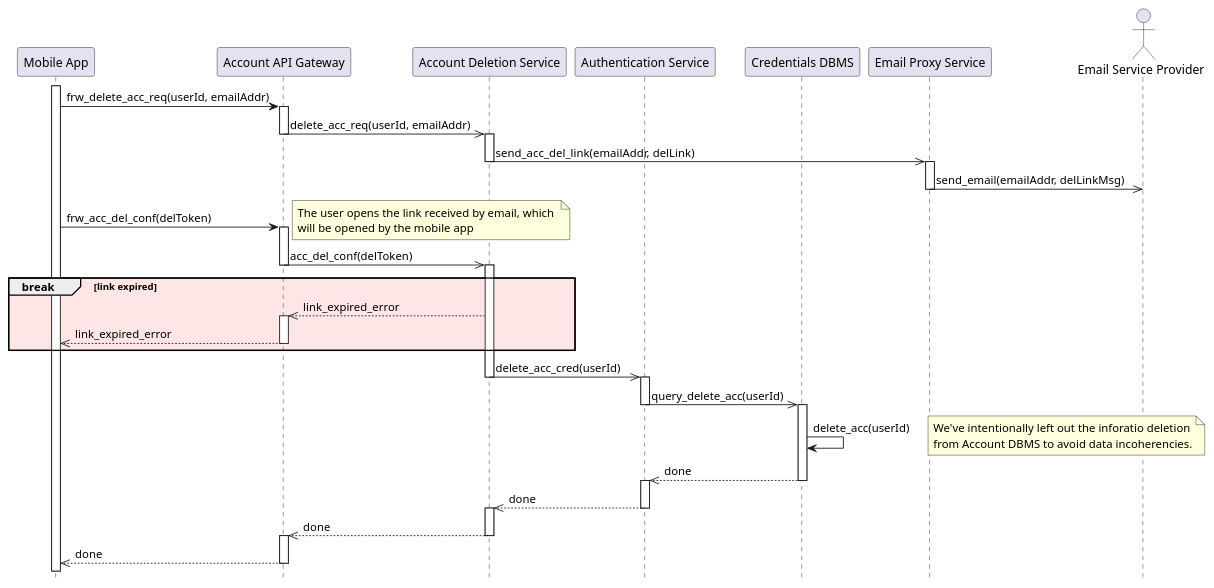
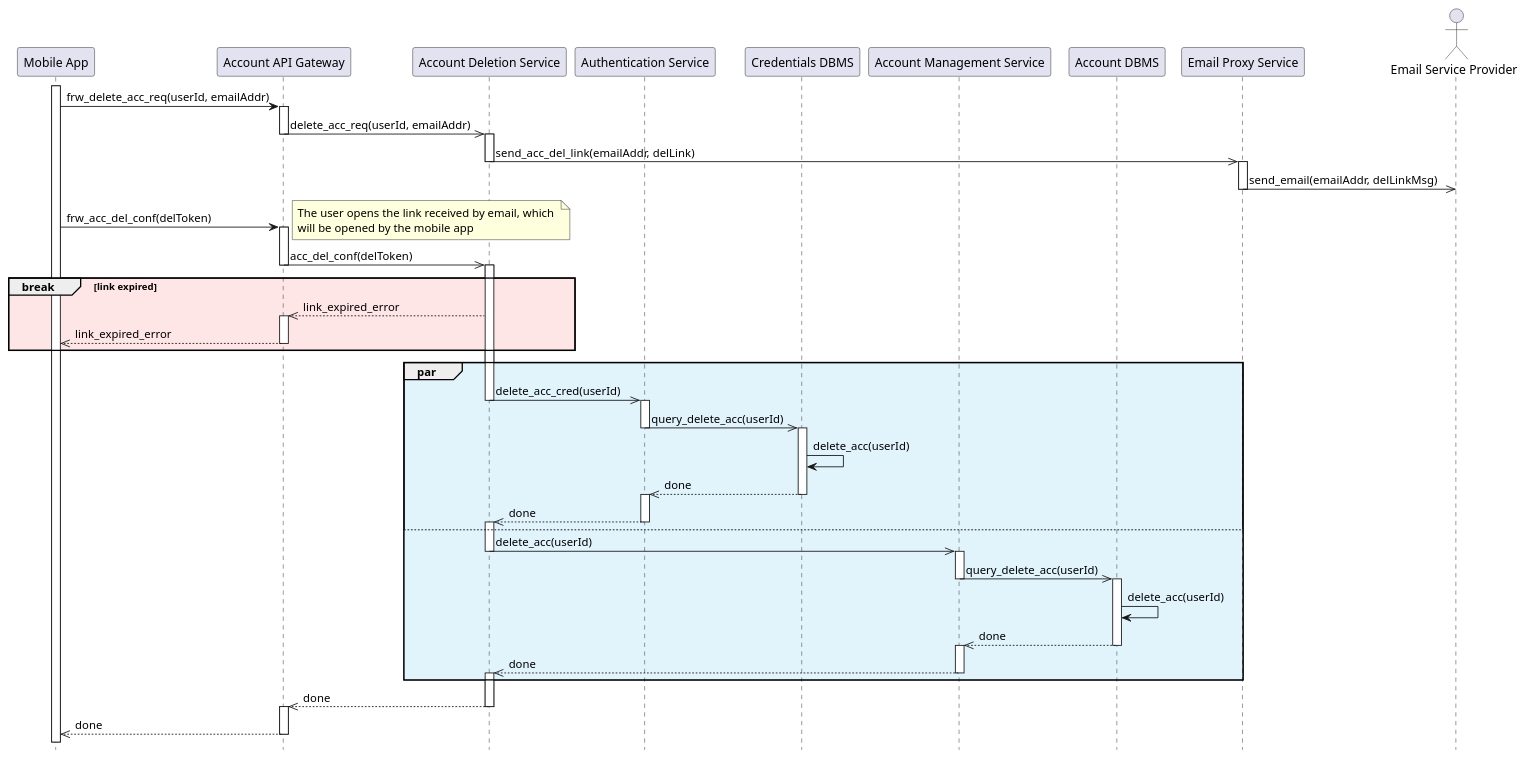
The diagram in diagrams/DD/sequenceDiagram/sd5_account_deletion.puml (Guflie/PoliMi-SWE2-RDD-project), drawn with PlantUML before and after one commit. The commit also changed 6 other files, not shown here.

Commit message:
[DD] Minor adjustments to Sequence Diagram

```diff
--- a/diagrams/DD/sequenceDiagram/sd5_account_deletion.puml
+++ b/diagrams/DD/sequenceDiagram/sd5_account_deletion.puml
@@ -1,81 +1,94 @@
 @startuml sd5_account_deletion
 ' Refers to UC5
 hide footbox
 
 participant "Mobile App" as app
 participant "Account API Gateway" as aapi
 participant "Account Deletion Service" as ads
 participant "Authentication Service" as auth
 participant "Credentials DBMS" as dbc
+participant "Account Management Service" as acmngr
+participant "Account DBMS" as dba
 participant "Email Proxy Service" as emailp
 actor "Email Service Provider" as email
 
 activate app
 app -> aapi : frw_delete_acc_req(userId, emailAddr)
 activate aapi
 aapi ->> ads : delete_acc_req(userId, emailAddr)
 deactivate aapi
 activate ads
 ads ->> emailp : send_acc_del_link(emailAddr, delLink)
 deactivate ads
 activate emailp
 emailp ->> email : send_email(emailAddr, delLinkMsg)
 deactivate emailp
 
 app -> aapi : frw_acc_del_conf(delToken) 
 note right
     The user opens the link received by email, which 
     will be opened by the mobile app
 end note
 activate aapi
 aapi ->> ads : acc_del_conf(delToken)
 deactivate aapi
 activate ads
 break #ffe6e6 link expired
     ads -->> aapi : link_expired_error
     activate aapi
     aapi -->> app : link_expired_error
     deactivate aapi
 end
-
-ads ->> auth : delete_acc_cred(userId)
-deactivate ads
-activate auth
-auth ->> dbc : query_delete_acc(userId)
-deactivate auth
-activate dbc
-dbc -> dbc : delete_acc(userId)
-note right
-We've intentionally left out the inforatio deletion
-from Account DBMS to avoid data incoherencies.
-end note
-dbc -->> auth : done
-deactivate dbc
-activate auth
-auth -->> ads : done
-deactivate auth
-activate ads
+par #e1f4fc
+    ads ->> auth : delete_acc_cred(userId)
+    deactivate ads
+    activate auth
+    auth ->> dbc : query_delete_acc(userId)
+    deactivate auth
+    activate dbc
+    dbc -> dbc : delete_acc(userId)
+    dbc -->> auth : done
+    deactivate dbc
+    activate auth
+    auth -->> ads : done
+    deactivate auth
+    activate ads
+else
+    ads ->> acmngr : delete_acc(userId)
+    deactivate ads
+    activate acmngr
+    acmngr ->> dba : query_delete_acc(userId)
+    deactivate acmngr
+    activate dba
+    dba -> dba : delete_acc(userId)
+    dba -->> acmngr : done
+    deactivate dba
+    activate acmngr
+    acmngr -->> ads : done
+    deactivate acmngr
+    activate ads
+end
 ads -->> aapi : done
 deactivate ads
 activate aapi
 aapi -->> app : done
 deactivate aapi
 
 
 /'
 aapi ->> auth : delete_account(userId)
 deactivate aapi
 activate auth
 auth ->> dbc : query_delete_acc(userId)
 deactivate auth
 activate dbc
 dbc -> dbc : delete_acc(userId)
 dbc -->> auth : delete_conf
 deactivate dbc
 activate auth
 auth -->> aapi : delete_conf
 deactivate auth
 '/
 
 
 @enduml
```
